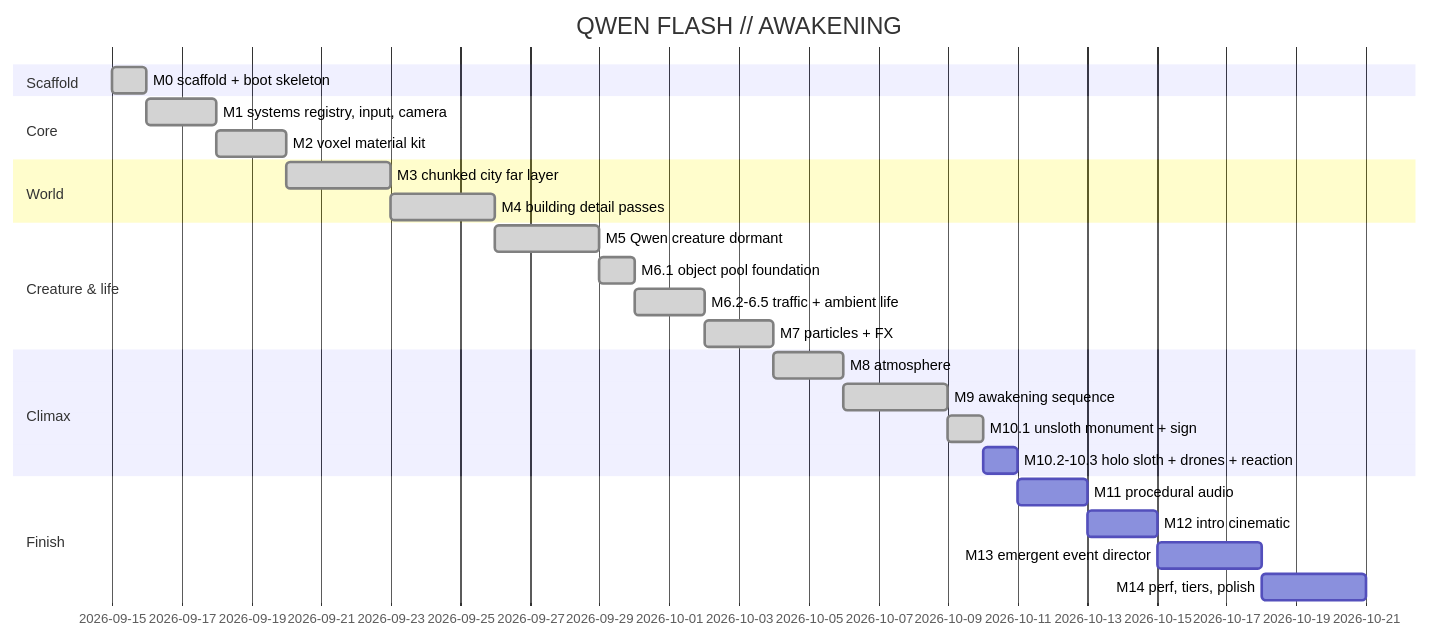
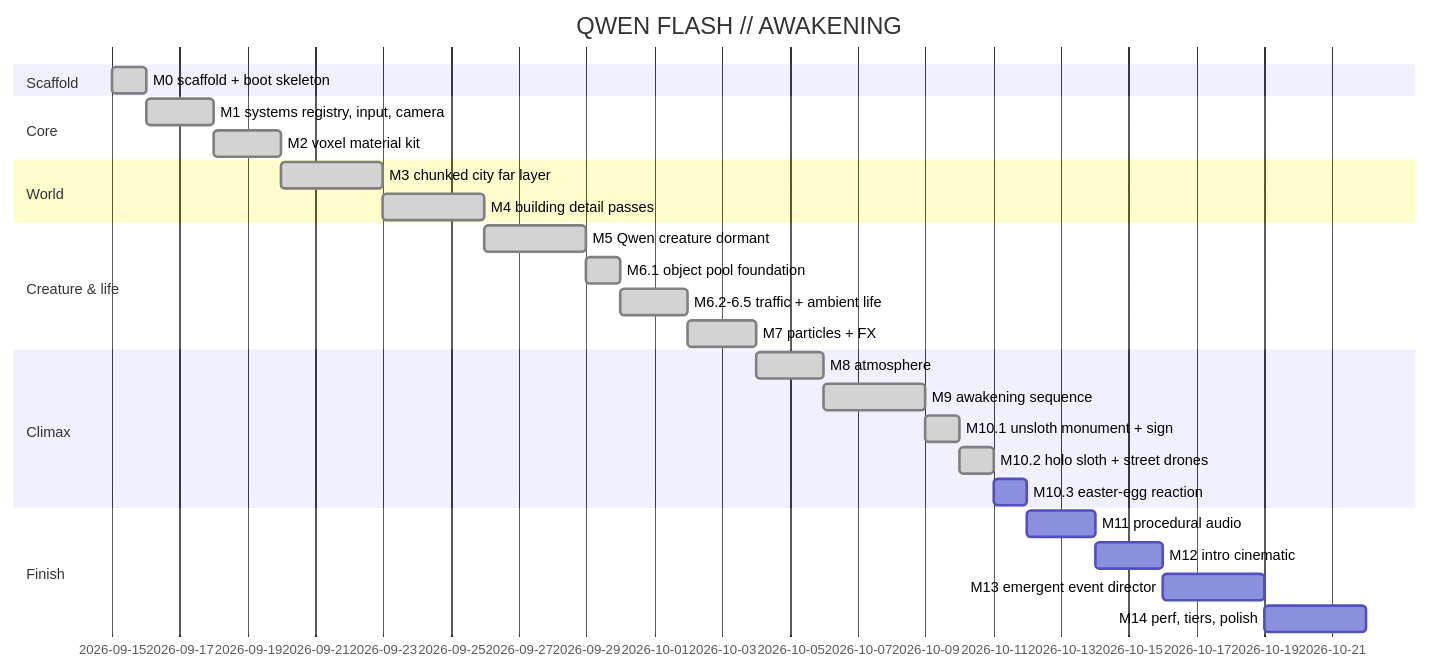
The diagram in brain/roadmap.md (dilled/3dVoxelDemo), drawn with Mermaid before and after one commit. The commit also changed other lines of this file, not shown here.

Commit message:
chore(brain): sync through 9cd4dae54b69

````diff
--- a/brain/roadmap.md
+++ b/brain/roadmap.md
@@ -12,28 +12,29 @@
 ```mermaid
 gantt
   title QWEN FLASH // AWAKENING
   dateFormat YYYY-MM-DD
   section Scaffold
   M0 scaffold + boot skeleton :done, m0, 2026-09-15, 1d
   section Core
   M1 systems registry, input, camera :done, m1, after m0, 2d
   M2 voxel material kit :done, m2, after m1, 2d
   section World
   M3 chunked city far layer :done, m3, after m2, 3d
   M4 building detail passes :done, m4, after m3, 3d
   section Creature & life
   M5 Qwen creature dormant :done, m5, after m4, 3d
   M6.1 object pool foundation :done, m61, after m5, 1d
   M6.2-6.5 traffic + ambient life :done, m6, after m61, 2d
   M7 particles + FX :done, m7, after m6, 2d
   section Climax
   M8 atmosphere :done, m8, after m7, 2d
   M9 awakening sequence :done, m9, after m8, 3d
   M10.1 unsloth monument + sign :done, m101, after m9, 1d
-  M10.2-10.3 holo sloth + drones + reaction :m10, after m101, 1d
+  M10.2 holo sloth + street drones :done, m102, after m101, 1d
+  M10.3 easter-egg reaction :m103, after m102, 1d
   section Finish
-  M11 procedural audio :m11, after m10, 2d
+  M11 procedural audio :m11, after m103, 2d
   M12 intro cinematic :m12, after m11, 2d
   M13 emergent event director :m13, after m12, 3d
   M14 perf, tiers, polish :m14, after m13, 3d
 ```
````
